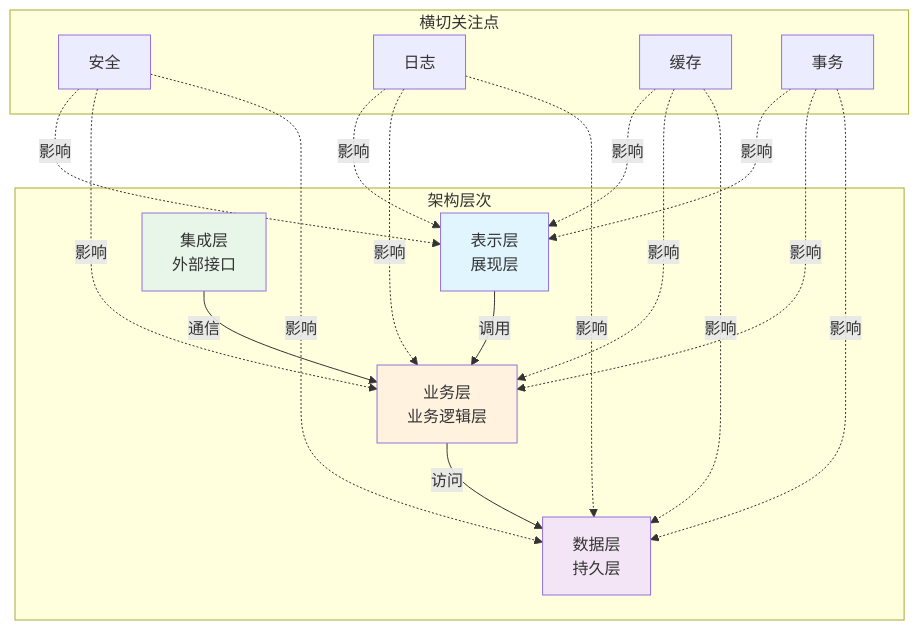
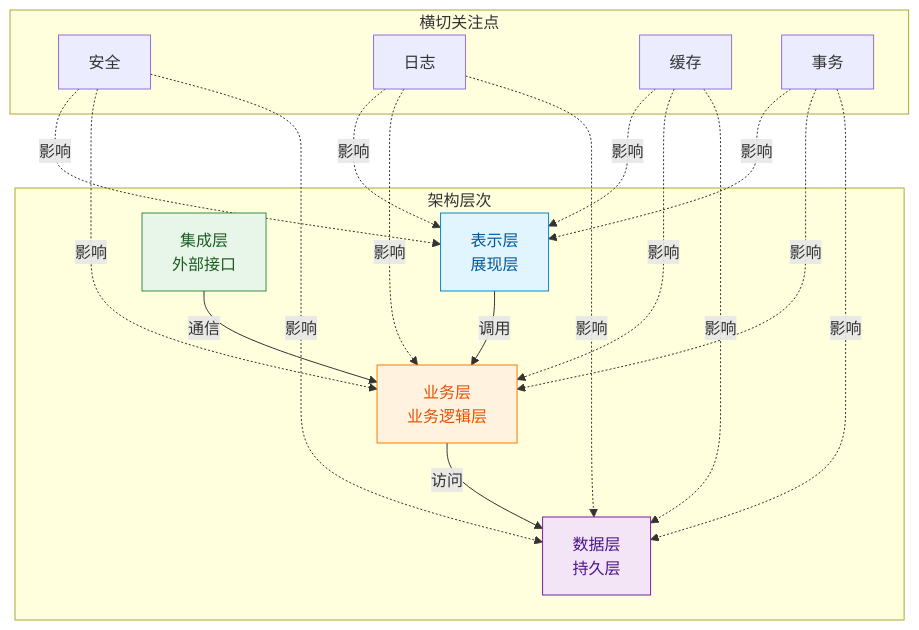
Diagram 14 of 14 in _posts/2012-12-15-thinking-in-uml.md (FreezeSoul/freezesoul.github.com), drawn with Mermaid before and after one commit. The commit also changed other lines of this file and 9 other files, not shown here.

Commit message:
修正mermaid配色与要求

````diff
--- a/_posts/2012-12-15-thinking-in-uml.md
+++ b/_posts/2012-12-15-thinking-in-uml.md
@@ -763,29 +763,29 @@
 ```mermaid
 graph TB
     subgraph 架构层次
         P[表示层<br/>展现层]
         B[业务层<br/>业务逻辑层]
         D[数据层<br/>持久层]
         I[集成层<br/>外部接口]
     end
 
     P -->|调用| B
     B -->|访问| D
     I -->|通信| B
 
     subgraph 横切关注点
         S1[安全]
         S2[日志]
         S3[缓存]
         S4[事务]
     end
 
     S1 & S2 & S3 & S4 -.影响.-> P
     S1 & S2 & S3 & S4 -.影响.-> B
     S1 & S2 & S3 & S4 -.影响.-> D
 
-    style P fill:#e1f5ff
-    style B fill:#fff3e0
-    style D fill:#f3e5f5
-    style I fill:#e8f5e9
+    style P fill:#e1f5ff,stroke:#0288d1,color:#01579b
+    style B fill:#fff3e0,stroke:#f57c00,color:#e65100
+    style D fill:#f3e5f5,stroke:#7b1fa2,color:#4a148c
+    style I fill:#e8f5e9,stroke:#388e3c,color:#1b5e20
 ```
````
